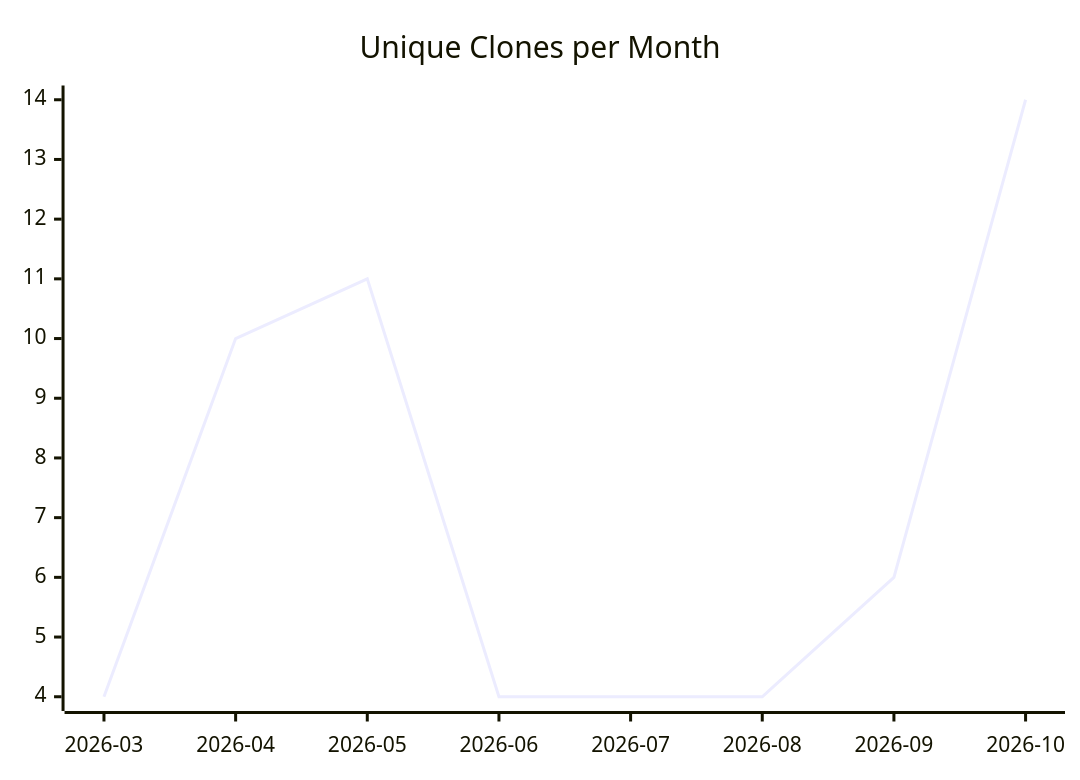
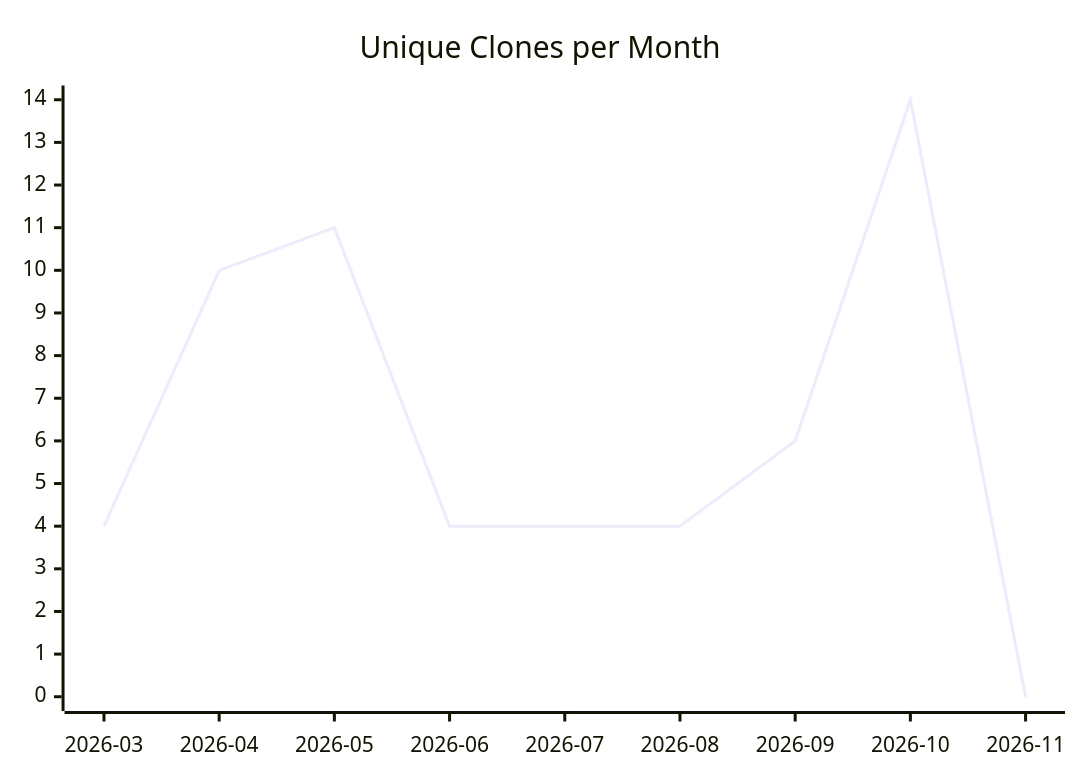
One commit to justdavis-family/github-analytics-data changed the third of 3 diagrams in karlmdavis/workstation-base-ansible-role/README.md. Above: the diagram before and after it, drawn with Mermaid. The commit also changed other lines of this file and 201 other files, not shown here.

````diff
--- a/karlmdavis/workstation-base-ansible-role/README.md
+++ b/karlmdavis/workstation-base-ansible-role/README.md
@@ -19,6 +19,6 @@
 ```mermaid
 xychart-beta
   title "Unique Clones per Month"
-  x-axis ["2026-03", "2026-04", "2026-05", "2026-06", "2026-07", "2026-08", "2026-09", "2026-10"]
-  line [4, 10, 11, 4, 4, 4, 6, 14]
+  x-axis ["2026-03", "2026-04", "2026-05", "2026-06", "2026-07", "2026-08", "2026-09", "2026-10", "2026-11"]
+  line [4, 10, 11, 4, 4, 4, 6, 14, 0]
 ```
````
